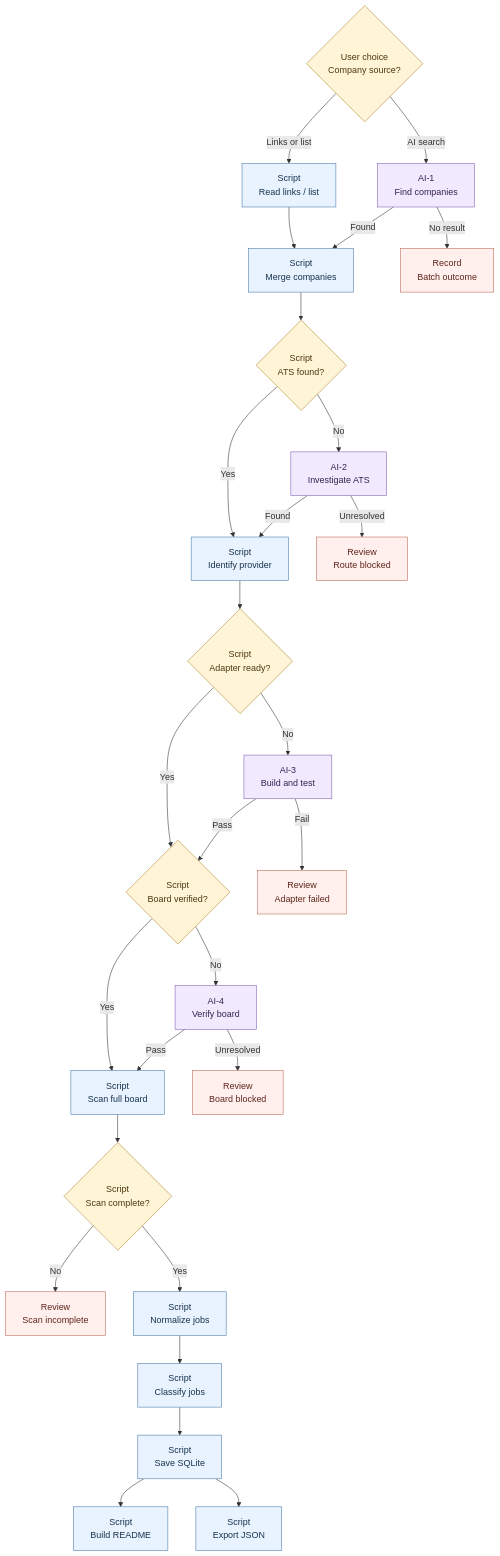
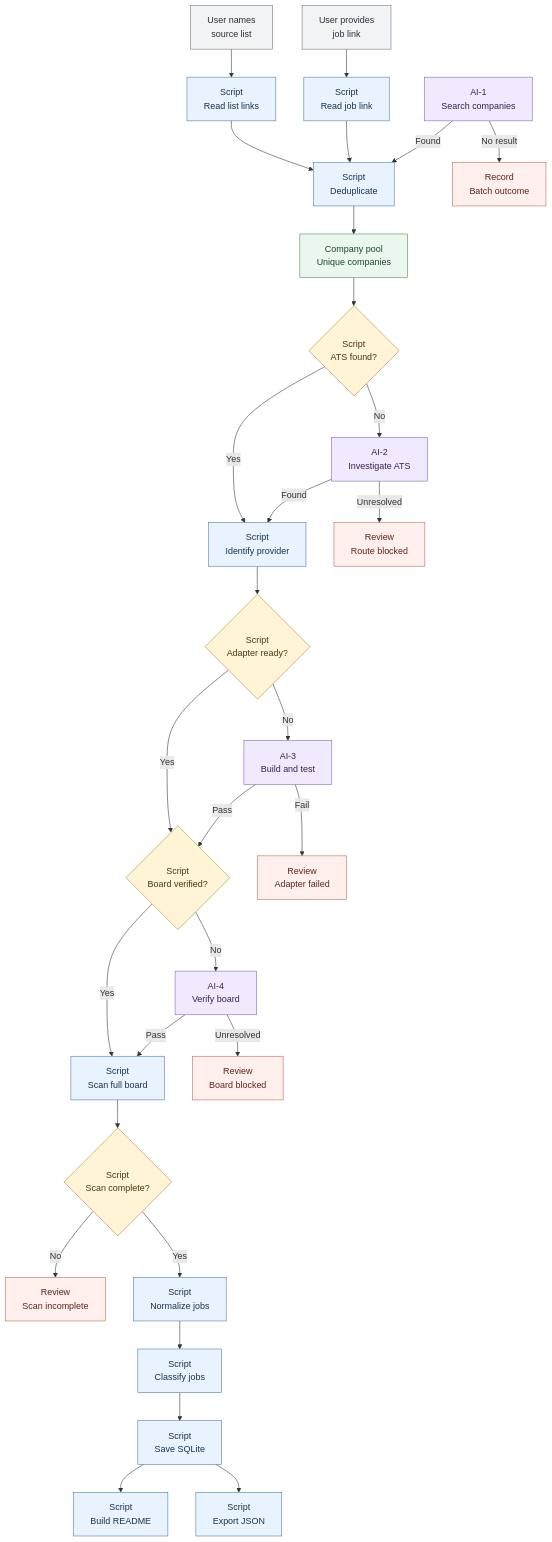
The diagram in code/PLAN.md (sophiesun7119/search-job), drawn with Mermaid before and after one commit. The commit also changed other lines of this file, not shown here.

Commit message:
Show company sources converging into one pool
Make user-provided job links, named source lists, and requested AI company search explicit in the Search Job flowchart, then deduplicate into a shared company list before ATS routing.

````diff
--- a/code/PLAN.md
+++ b/code/PLAN.md
@@ -7,43 +7,48 @@
 ```mermaid
 flowchart TD
-    A{"User choice<br/>Company source?"}
-    A -->|AI search| A1["AI-1<br/>Find companies"]
-    A -->|Links or list| A2["Script<br/>Read links / list"]
-    A1 -->|Found| B["Script<br/>Merge companies"]
+    U1["User provides<br/>job link"] --> S1["Script<br/>Read job link"]
+    U2["User names<br/>source list"] --> S2["Script<br/>Read list links"]
+    A1["AI-1<br/>Search companies"] -->|Found| B["Script<br/>Deduplicate"]
     A1 -->|No result| R0["Record<br/>Batch outcome"]
-    A2 --> B
+    S1 --> B
+    S2 --> B
+    B --> P["Company pool<br/>Unique companies"]
 
-    B --> C{"Script<br/>ATS found?"}
+    P --> C{"Script<br/>ATS found?"}
     C -->|No| C1["AI-2<br/>Investigate ATS"]
     C1 -->|Found| D["Script<br/>Identify provider"]
     C1 -->|Unresolved| R1["Review<br/>Route blocked"]
     C -->|Yes| D
 
     D --> E{"Script<br/>Adapter ready?"}
     E -->|No| E1["AI-3<br/>Build and test"]
     E1 -->|Pass| F{"Script<br/>Board verified?"}
     E1 -->|Fail| R2["Review<br/>Adapter failed"]
     E -->|Yes| F
 
     F -->|No| F1["AI-4<br/>Verify board"]
     F1 -->|Pass| G["Script<br/>Scan full board"]
     F1 -->|Unresolved| R3["Review<br/>Board blocked"]
     F -->|Yes| G
 
     G --> G0{"Script<br/>Scan complete?"}
     G0 -->|No| R4["Review<br/>Scan incomplete"]
     G0 -->|Yes| H["Script<br/>Normalize jobs"]
     H --> I["Script<br/>Classify jobs"]
     I --> J["Script<br/>Save SQLite"]
     J --> K["Script<br/>Build README"]
     J --> L["Script<br/>Export JSON"]
 
     classDef script fill:#e9f3ff,stroke:#4779a8,color:#17324d
     classDef ai fill:#f1eaff,stroke:#8060b0,color:#35204f
     classDef decision fill:#fff4d6,stroke:#ad8531,color:#4c3710
     classDef review fill:#fff0ed,stroke:#bc6857,color:#5e241b
-    class A,C,E,F,G0 decision
-    class A2,B,D,G,H,I,J,K,L script
+    classDef input fill:#f1f3f5,stroke:#697582,color:#26313b
+    classDef data fill:#e9f7ed,stroke:#4d8a61,color:#21432b
+    class C,E,F,G0 decision
+    class S1,S2,B,D,G,H,I,J,K,L script
     class A1,C1,E1,F1 ai
     class R0,R1,R2,R3,R4 review
+    class U1,U2 input
+    class P data
 ```
````
